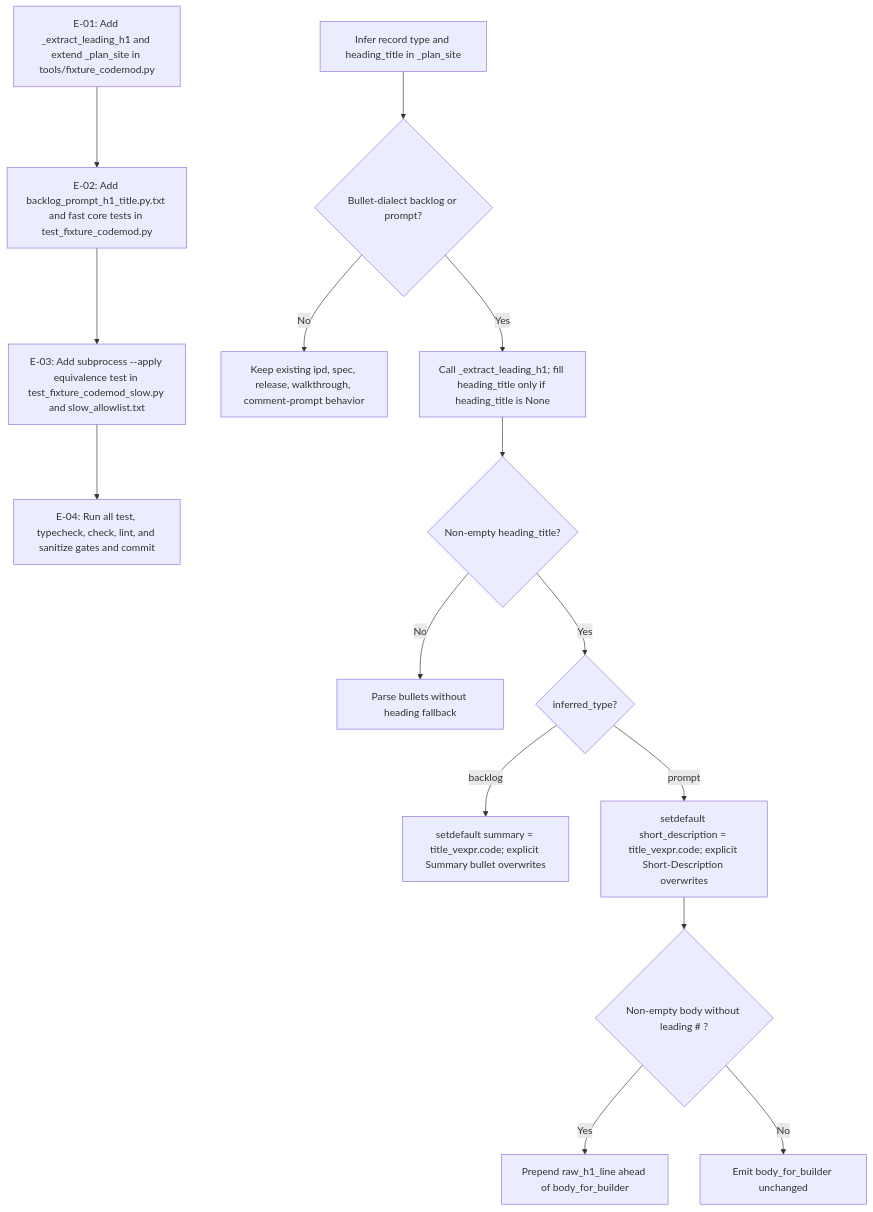
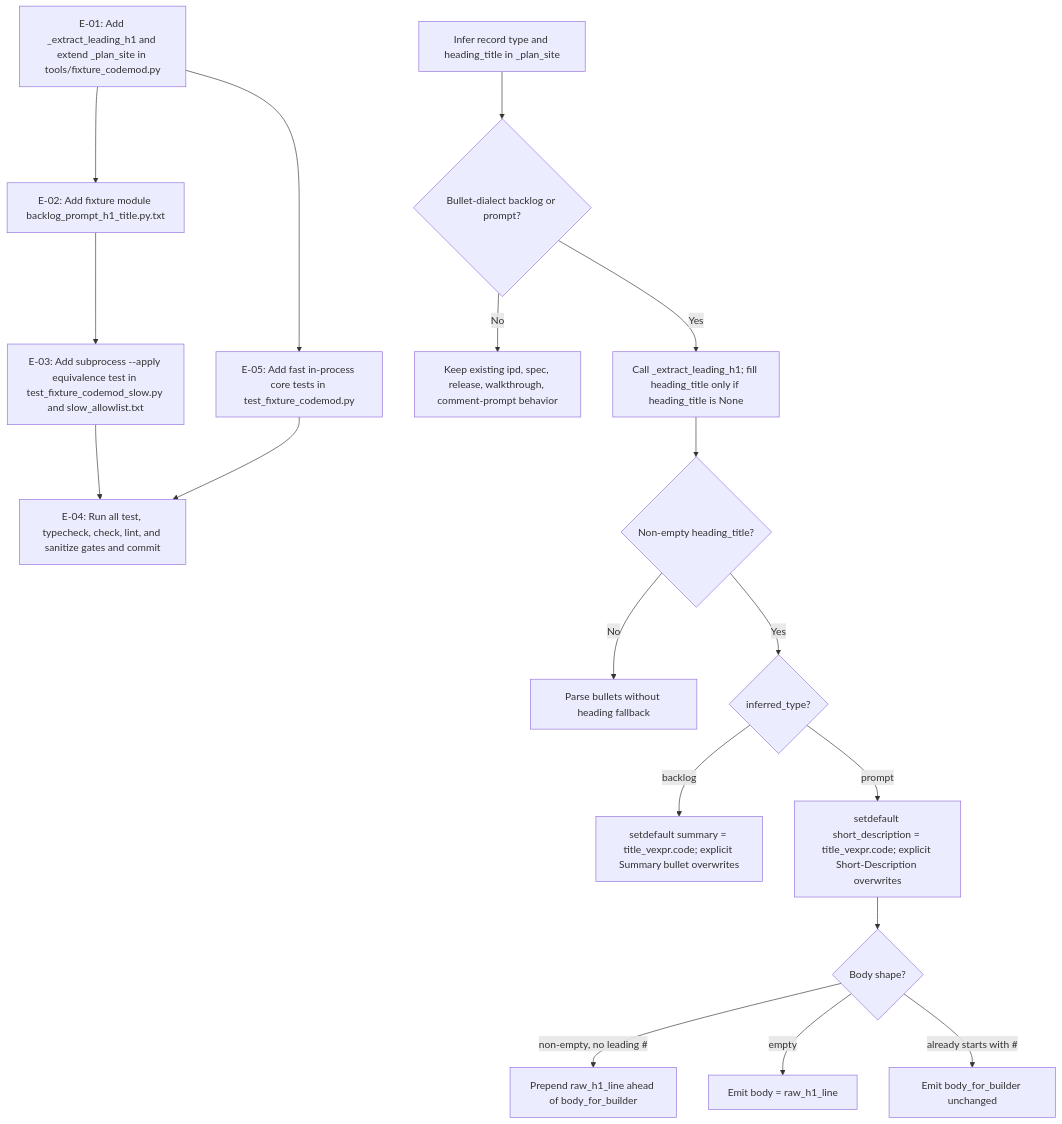
One commit to fariello/agent-workflows changed the second of 2 diagrams in .aw/records/plans/pending/20261121-e0wwtc-01-osq7nu-map-h1-heading-titles-on-backlog-and-prompt-fixtures-in-fixt.ipd.md. Above: the diagram before and after it, drawn with Mermaid. The commit also changed other lines of this file and 1 other file, not shown here.

First line of the commit message:
plan-review: harden osq7nu (revisions applied)

````diff
--- a/.aw/records/plans/pending/20261121-e0wwtc-01-osq7nu-map-h1-heading-titles-on-backlog-and-prompt-fixtures-in-fixt.ipd.md
+++ b/.aw/records/plans/pending/20261121-e0wwtc-01-osq7nu-map-h1-heading-titles-on-backlog-and-prompt-fixtures-in-fixt.ipd.md
@@ -105,18 +116,21 @@
 ```mermaid
 flowchart TD
-    E01["E-01: Add _extract_leading_h1 and extend _plan_site in tools/fixture_codemod.py"] --> E02["E-02: Add backlog_prompt_h1_title.py.txt and fast core tests in test_fixture_codemod.py"]
+    E01["E-01: Add _extract_leading_h1 and extend _plan_site in tools/fixture_codemod.py"] --> E02["E-02: Add fixture module backlog_prompt_h1_title.py.txt"]
+    E01 --> E05["E-05: Add fast in-process core tests in test_fixture_codemod.py"]
     E02 --> E03["E-03: Add subprocess --apply equivalence test in test_fixture_codemod_slow.py and slow_allowlist.txt"]
     E03 --> E04["E-04: Run all test, typecheck, check, lint, and sanitize gates and commit"]
+    E05 --> E04
 
     S["Infer record type and heading_title in _plan_site"] --> T{"Bullet-dialect backlog or prompt?"}
     T -->|No| OTHER["Keep existing ipd, spec, release, walkthrough, comment-prompt behavior"]
     T -->|Yes| H1["Call _extract_leading_h1; fill heading_title only if heading_title is None"]
     H1 --> EMPTY{"Non-empty heading_title?"}
     EMPTY -->|No| BULLETS["Parse bullets without heading fallback"]
     EMPTY -->|Yes| KIND{"inferred_type?"}
     KIND -->|backlog| BMAP["setdefault summary = title_vexpr.code; explicit Summary bullet overwrites"]
     KIND -->|prompt| PMAP["setdefault short_description = title_vexpr.code; explicit Short-Description overwrites"]
-    PMAP --> PBODY{"Non-empty body without leading # ?"}
-    PBODY -->|Yes| PREP["Prepend raw_h1_line ahead of body_for_builder"]
-    PBODY -->|No| KEEP["Emit body_for_builder unchanged"]
+    PMAP --> PBODY{"Body shape?"}
+    PBODY -->|"non-empty, no leading #"| PREP["Prepend raw_h1_line ahead of body_for_builder"]
+    PBODY -->|empty| ONLY["Emit body = raw_h1_line"]
+    PBODY -->|"already starts with #"| KEEP["Emit body_for_builder unchanged"]
 ```
````
